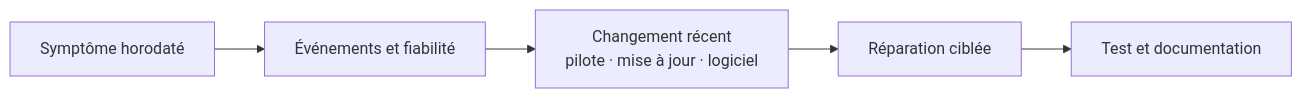
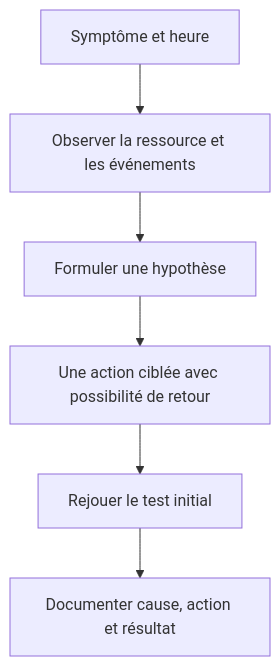
Before and after one commit to sk34pk25/tssr-cours: the diagram in docs/troubleshooting/windows-instable.md, drawn with Mermaid. The commit also changed other lines of this file and 258 other files, not shown here.

````diff
--- a/docs/troubleshooting/windows-instable.md
+++ b/docs/troubleshooting/windows-instable.md
@@ -3,4 +7,8 @@
 ```mermaid
-flowchart LR
-    A["Symptôme horodaté"] --> B["Événements et fiabilité"] --> C["Changement récent<br/>pilote · mise à jour · logiciel"] --> D["Réparation ciblée"] --> E["Test et documentation"]
+flowchart TD
+    A["Symptôme et heure"] --> B["Observer la ressource et les événements"]
+    B --> C["Formuler une hypothèse"]
+    C --> D["Une action ciblée avec possibilité de retour"]
+    D --> E["Rejouer le test initial"]
+    E --> F["Documenter cause, action et résultat"]
 ```
````
